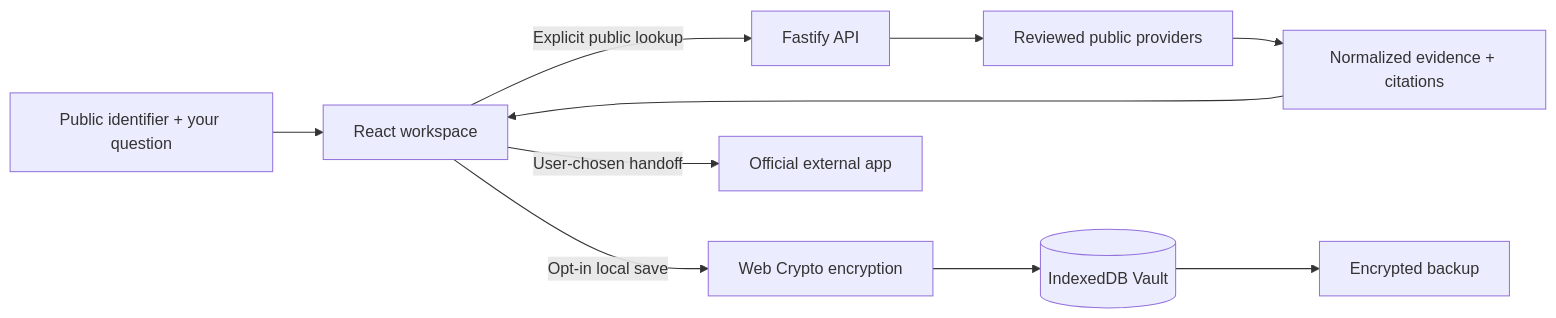
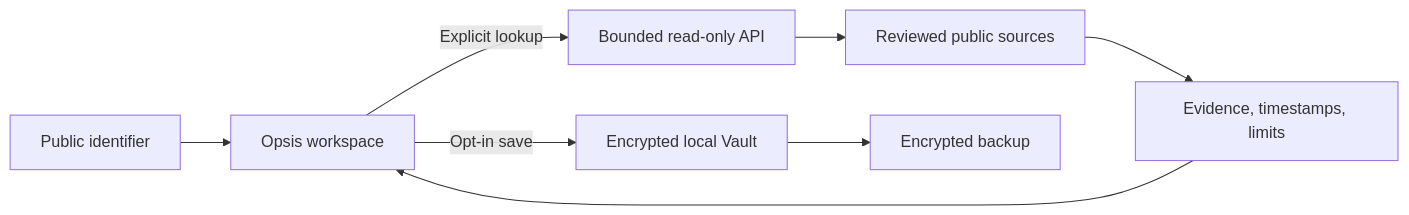
The diagram in README.md (OpsisLabs/opsis-source), drawn with Mermaid before and after one commit. The commit also changed other lines of this file and 7 other files, not shown here.

Commit message:
docs: prepare Opsis public source presentation

````diff
--- a/README.md
+++ b/README.md
@@ -67,12 +57,10 @@
 ```mermaid
 flowchart LR
-  A[Public identifier + your question] --> B[React workspace]
-  B -->|Explicit public lookup| C[Fastify API]
-  C --> D[Reviewed public providers]
-  D --> E[Normalized evidence + citations]
+  A[Public identifier] --> B[Opsis workspace]
+  B -->|Explicit lookup| C[Bounded read-only API]
+  C --> D[Reviewed public sources]
+  D --> E[Evidence, timestamps, limits]
   E --> B
-  B -->|Opt-in local save| F[Web Crypto encryption]
-  F --> G[(IndexedDB Vault)]
-  G --> H[Encrypted backup]
-  B -->|User-chosen handoff| I[Official external app]
+  B -->|Opt-in save| F[Encrypted local Vault]
+  F --> G[Encrypted backup]
 ```
````
